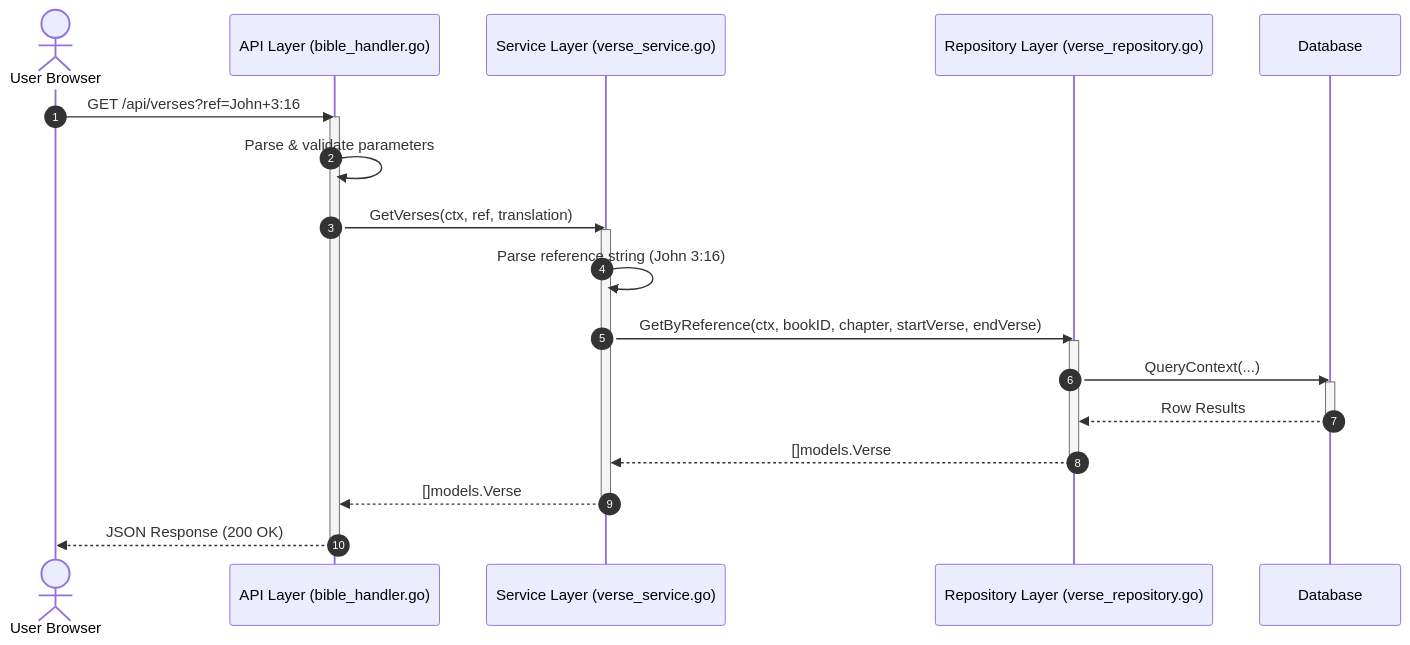
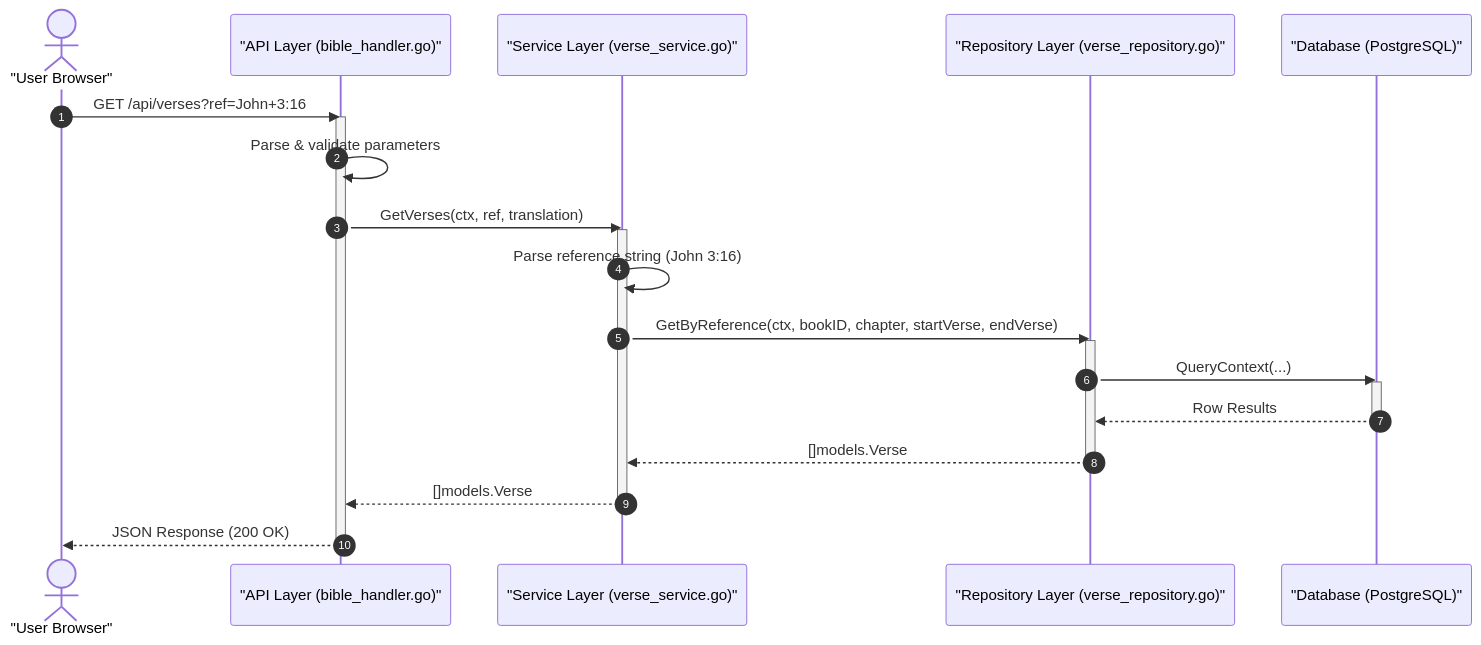
Before and after one commit to mvirtai/clible-v3-go: the second of 2 diagrams in docs/architecture/overview.md, drawn with Mermaid. The commit also changed other lines of this file and 28 other files, not shown here.

````diff
--- a/docs/architecture/overview.md
+++ b/docs/architecture/overview.md
@@ -98,28 +98,28 @@
 ```mermaid
 sequenceDiagram
     autonumber
-    actor User as User Browser
-    participant API as API Layer (bible_handler.go)
-    participant SVC as Service Layer (verse_service.go)
-    participant DB as Repository Layer (verse_repository.go)
-    participant SQL as Database
+    actor User as "User Browser"
+    participant API as "API Layer (bible_handler.go)"
+    participant SVC as "Service Layer (verse_service.go)"
+    participant DB as "Repository Layer (verse_repository.go)"
+    participant SQL as "Database (PostgreSQL)"
 
     User->>API: GET /api/verses?ref=John+3:16
     activate API
     API->>API: Parse & validate parameters
     API->>SVC: GetVerses(ctx, ref, translation)
     activate SVC
     SVC->>SVC: Parse reference string (John 3:16)
     SVC->>DB: GetByReference(ctx, bookID, chapter, startVerse, endVerse)
     activate DB
     DB->>SQL: QueryContext(...)
     activate SQL
     SQL-->>DB: Row Results
     deactivate SQL
     DB-->>SVC: []models.Verse
     deactivate DB
     SVC-->>API: []models.Verse
     deactivate SVC
     API-->>User: JSON Response (200 OK)
     deactivate API
 ```
````
